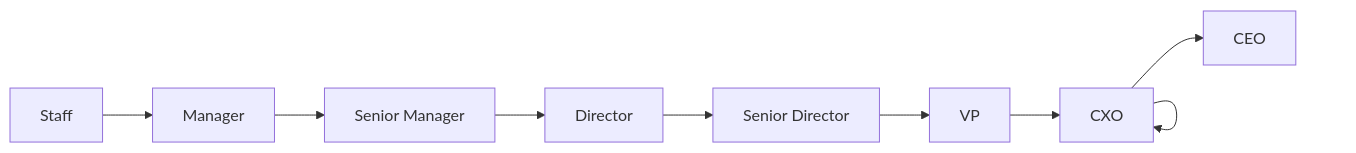
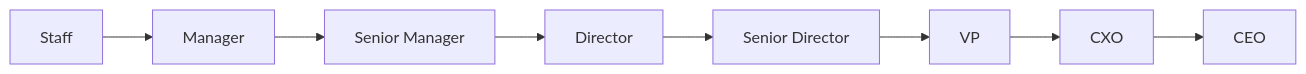
The second of 5 diagrams in README.md (charles-cai/stable-diffusion), drawn with Mermaid before and after one commit. The commit also changed other lines of this file, not shown here.

````diff
--- a/README.md
+++ b/README.md
@@ -12,4 +12,4 @@
 ```mermaid
 graph LR;
-    Staff --> Manager --> SM[Senior Manager] --> Director --> SD[Senior Director] --> VP --> CXO --> CXO --> CEO;
+    Staff --> Manager --> SM[Senior Manager] --> Director --> SD[Senior Director] --> VP --> CXO --> CEO;
 ```
````
